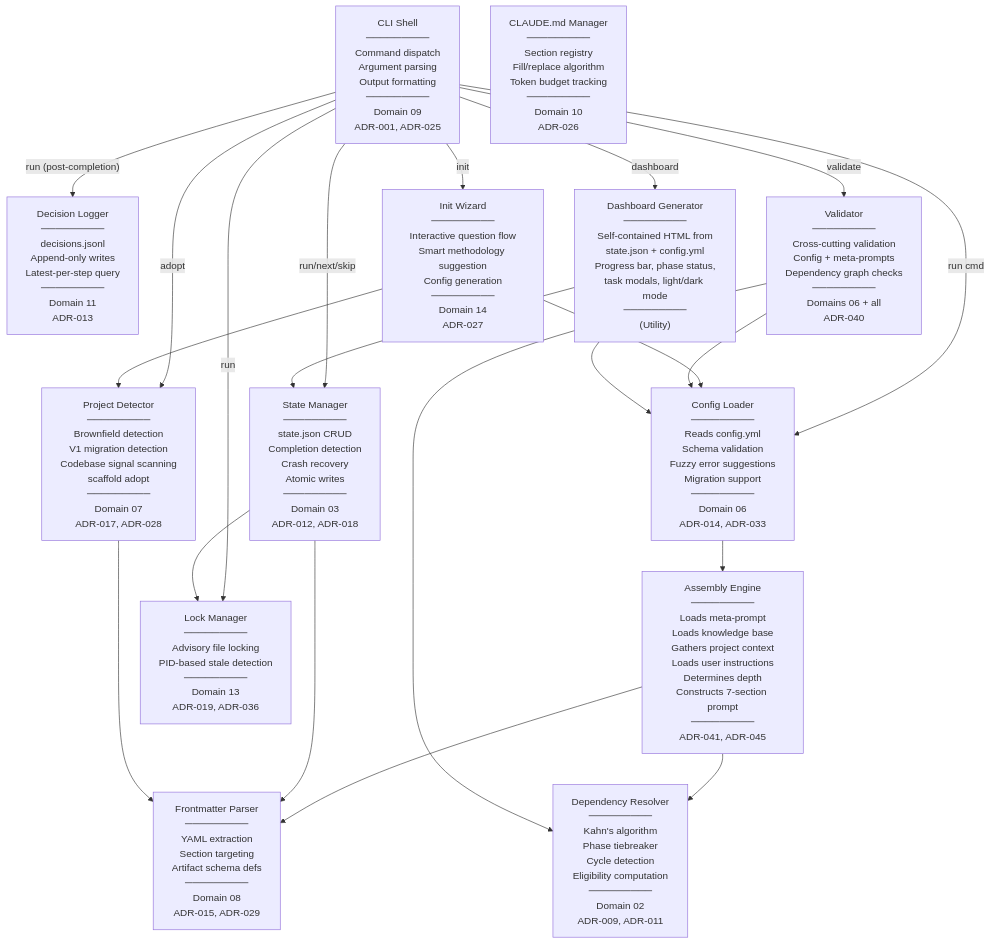
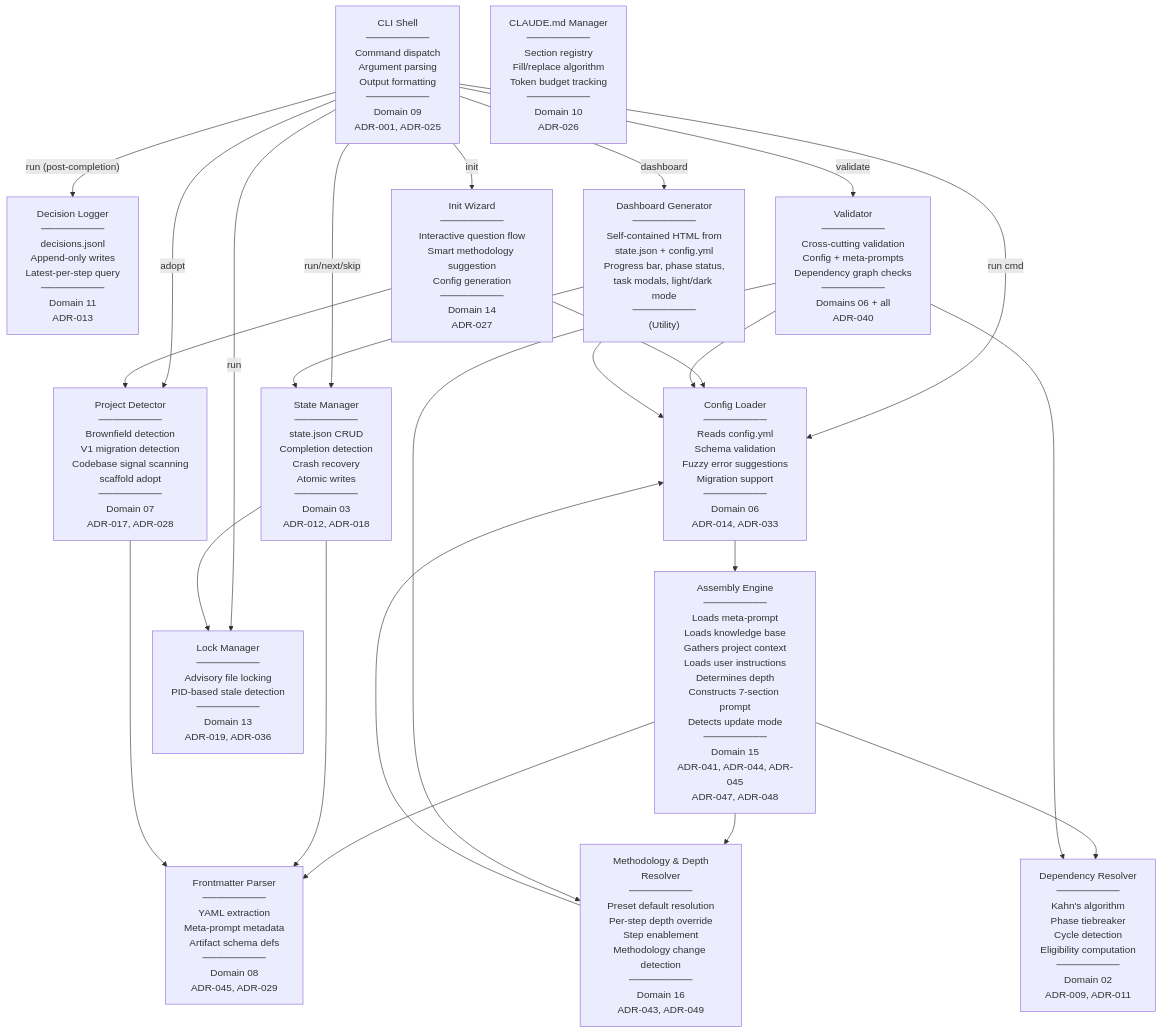
Before and after one commit to zigrivers/scaffold: the second of 10 diagrams in docs/v2/architecture/system-architecture.md, drawn with Mermaid. The commit also changed other lines of this file, not shown here.

First line of the commit message:
[BD-scaffold-arch] docs(v2): system architecture review & update — align with 54-ADR set and domains 15/16

````diff
--- a/docs/v2/architecture/system-architecture.md
+++ b/docs/v2/architecture/system-architecture.md
@@ -126,60 +126,65 @@
 ```mermaid
 graph TB
     %% ── CLI Shell ──
     CLI["CLI Shell<br/>─────────<br/>Command dispatch<br/>Argument parsing<br/>Output formatting<br/>─────────<br/>Domain 09<br/>ADR-001, ADR-025"]
 
     %% ── Assembly Engine ──
     CL["Config Loader<br/>─────────<br/>Reads config.yml<br/>Schema validation<br/>Fuzzy error suggestions<br/>Migration support<br/>─────────<br/>Domain 06<br/>ADR-014, ADR-033"]
 
-    AE["Assembly Engine<br/>─────────<br/>Loads meta-prompt<br/>Loads knowledge base<br/>Gathers project context<br/>Loads user instructions<br/>Determines depth<br/>Constructs 7-section prompt<br/>─────────<br/>ADR-041, ADR-045"]
+    AE["Assembly Engine<br/>─────────<br/>Loads meta-prompt<br/>Loads knowledge base<br/>Gathers project context<br/>Loads user instructions<br/>Determines depth<br/>Constructs 7-section prompt<br/>Detects update mode<br/>─────────<br/>Domain 15<br/>ADR-041, ADR-044, ADR-045<br/>ADR-047, ADR-048"]
+
+    MR["Methodology &amp; Depth<br/>Resolver<br/>─────────<br/>Preset default resolution<br/>Per-step depth override<br/>Step enablement<br/>Methodology change detection<br/>─────────<br/>Domain 16<br/>ADR-043, ADR-049"]
 
     DR["Dependency Resolver<br/>─────────<br/>Kahn's algorithm<br/>Phase tiebreaker<br/>Cycle detection<br/>Eligibility computation<br/>─────────<br/>Domain 02<br/>ADR-009, ADR-011"]
 
     %% ── Runtime Engine ──
     SM["State Manager<br/>─────────<br/>state.json CRUD<br/>Completion detection<br/>Crash recovery<br/>Atomic writes<br/>─────────<br/>Domain 03<br/>ADR-012, ADR-018"]
 
     LM["Lock Manager<br/>─────────<br/>Advisory file locking<br/>PID-based stale detection<br/>─────────<br/>Domain 13<br/>ADR-019, ADR-036"]
 
     DL["Decision Logger<br/>─────────<br/>decisions.jsonl<br/>Append-only writes<br/>Latest-per-step query<br/>─────────<br/>Domain 11<br/>ADR-013"]
 
     %% ── Project Services ──
-    FP["Frontmatter Parser<br/>─────────<br/>YAML extraction<br/>Section targeting<br/>Artifact schema defs<br/>─────────<br/>Domain 08<br/>ADR-015, ADR-029"]
+    FP["Frontmatter Parser<br/>─────────<br/>YAML extraction<br/>Meta-prompt metadata<br/>Artifact schema defs<br/>─────────<br/>Domain 08<br/>ADR-045, ADR-029"]
 
     CM["CLAUDE.md Manager<br/>─────────<br/>Section registry<br/>Fill/replace algorithm<br/>Token budget tracking<br/>─────────<br/>Domain 10<br/>ADR-026"]
 
     PD["Project Detector<br/>─────────<br/>Brownfield detection<br/>V1 migration detection<br/>Codebase signal scanning<br/>scaffold adopt<br/>─────────<br/>Domain 07<br/>ADR-017, ADR-028"]
 
     IW["Init Wizard<br/>─────────<br/>Interactive question flow<br/>Smart methodology suggestion<br/>Config generation<br/>─────────<br/>Domain 14<br/>ADR-027"]
 
     DG["Dashboard Generator<br/>─────────<br/>Self-contained HTML from<br/>state.json + config.yml<br/>Progress bar, phase status,<br/>task modals, light/dark mode<br/>─────────<br/>(Utility)"]
 
     VL["Validator<br/>─────────<br/>Cross-cutting validation<br/>Config + meta-prompts<br/>Dependency graph checks<br/>─────────<br/>Domains 06 + all<br/>ADR-040"]
 
     %% ── Assembly Engine Flow ──
     CLI -->|"run cmd"| CL
     CL --> AE
+    AE --> MR
     AE --> DR
 
     %% ── Runtime Flow ──
     CLI -->|"run/next/skip"| SM
     CLI -->|"run"| LM
     CLI -->|"run (post-completion)"| DL
     CLI -->|"init"| IW
     CLI -->|"dashboard"| DG
     CLI -->|"validate"| VL
     CLI -->|"adopt"| PD
 
     %% ── Internal Dependencies ──
     AE --> FP
+    MR --> CL
     SM --> FP
     PD --> FP
     IW --> PD
     IW --> CL
     VL --> CL
     VL --> DR
+    VL --> MR
     SM --> LM
     DG --> SM
     DG --> CL
 
     %% ── File I/O (shown as notes, not edges, to reduce clutter) ──
 ```
````
